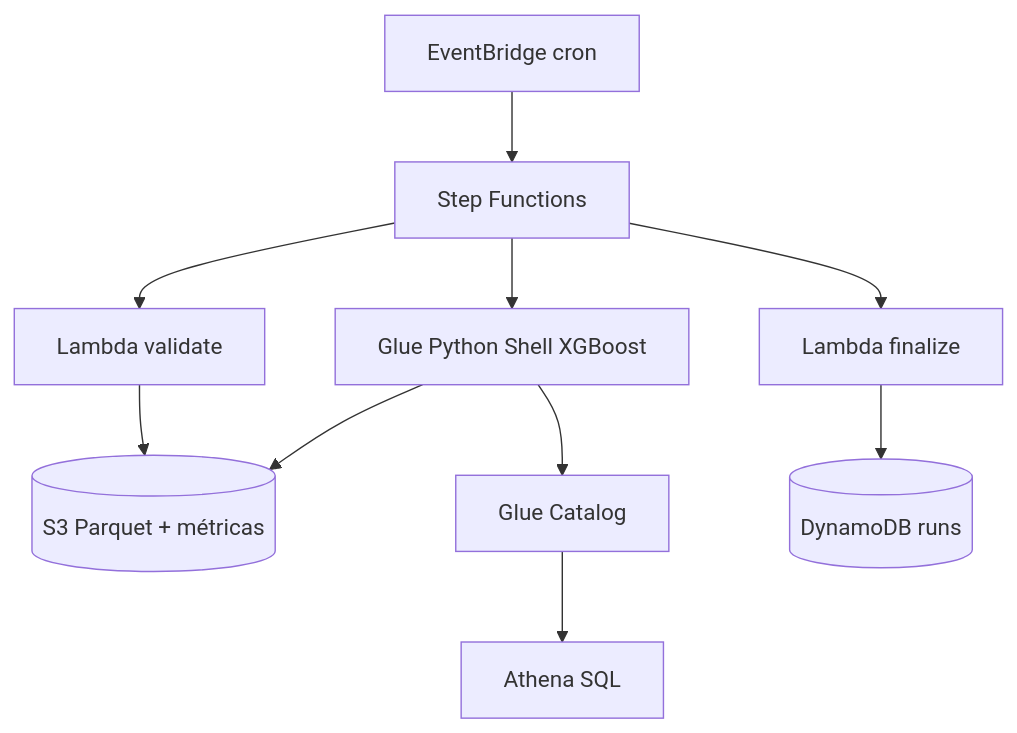
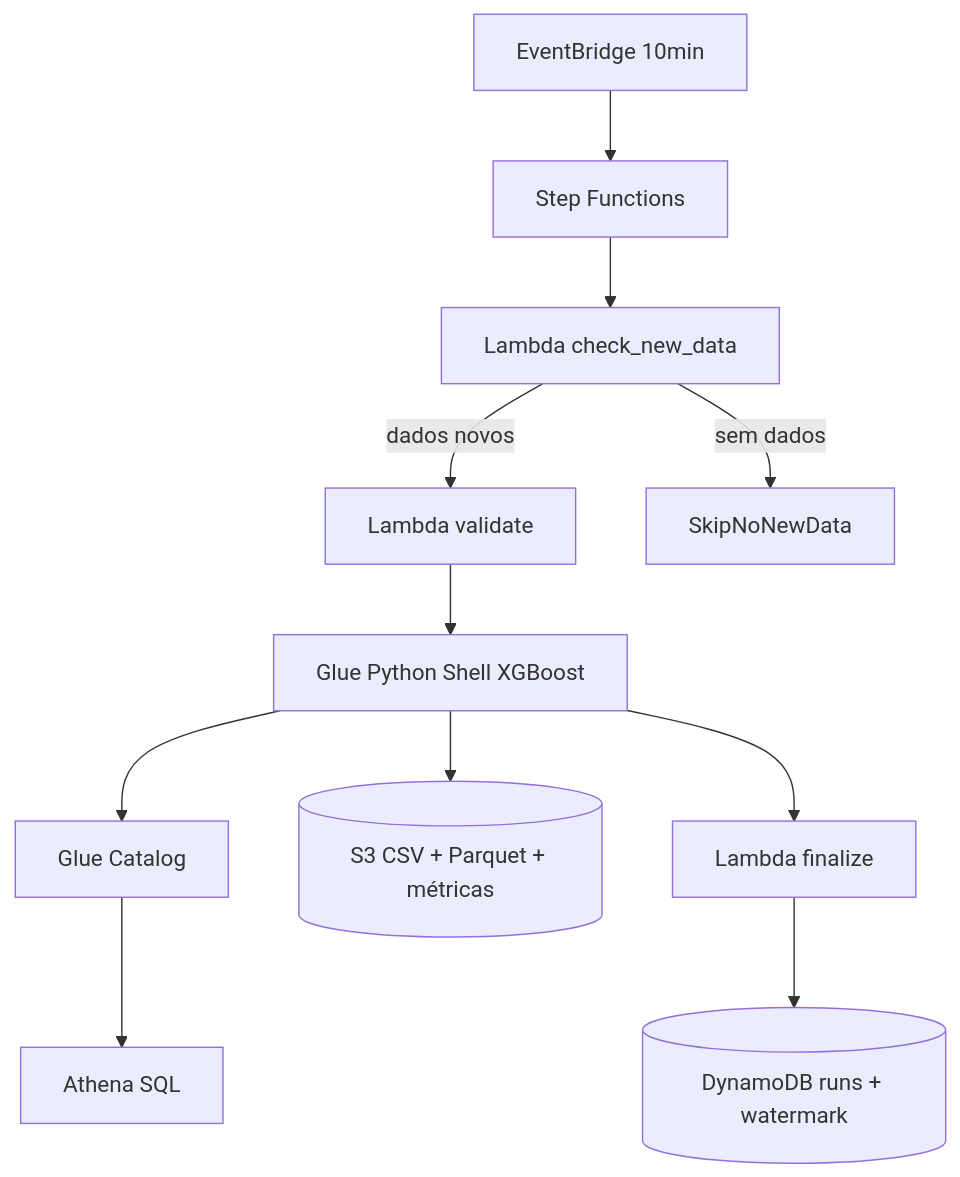
The diagram in docs/GUIA_INSTALACAO.md (welligtoncos/ia-aws-regressao), drawn with Mermaid before and after one commit. The commit also changed other lines of this file and 2 other files, not shown here.

````diff
--- a/docs/GUIA_INSTALACAO.md
+++ b/docs/GUIA_INSTALACAO.md
@@ -37,19 +38,19 @@
 ```mermaid
 flowchart TB
-  EB[EventBridge cron]
+  EB[EventBridge 10min]
   SFN[Step Functions]
+  L0[Lambda check_new_data]
   L1[Lambda validate]
   G[Glue Python Shell XGBoost]
   L2[Lambda finalize]
-  S3[(S3 Parquet + métricas)]
+  S3[(S3 CSV + Parquet + métricas)]
   CAT[Glue Catalog]
   ATH[Athena SQL]
-  DDB[(DynamoDB runs)]
+  DDB[(DynamoDB runs + watermark)]
 
-  EB --> SFN
-  SFN --> L1 --> S3
-  SFN --> G --> S3
-  G --> CAT
-  CAT --> ATH
-  SFN --> L2 --> DDB
+  EB --> SFN --> L0
+  L0 -->|sem dados| Skip[SkipNoNewData]
+  L0 -->|dados novos| L1 --> G --> S3
+  G --> CAT --> ATH
+  G --> L2 --> DDB
 ```
````
